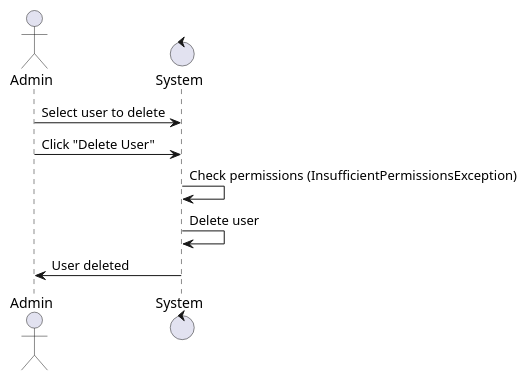
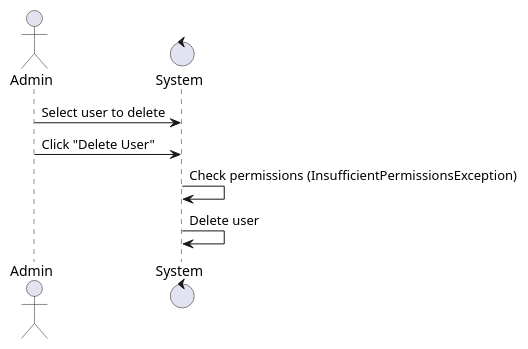
One commit to nahornyi-danylo/db-lab6 changed the diagram in docs/use_cases.md. Above: the diagram before and after it, drawn with PlantUML.

````diff
--- a/docs/use_cases.md
+++ b/docs/use_cases.md
@@ -4,11 +4,10 @@
 ```plantuml
 @startuml
 actor Admin 
 control System
 Admin -> System: Select user to delete 
 Admin -> System: Click "Delete User" 
 System -> System: Check permissions (InsufficientPermissionsException) 
 System -> System: Delete user 
-System -> Admin: User deleted
 @enduml
 ```
````
